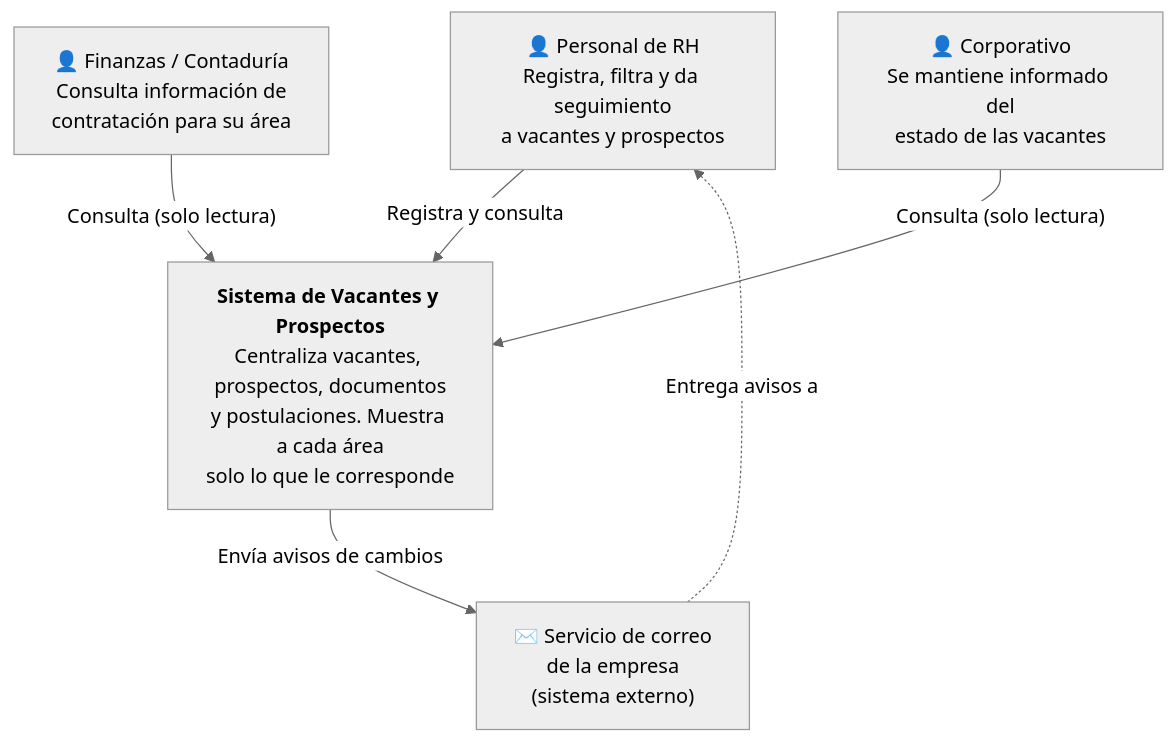
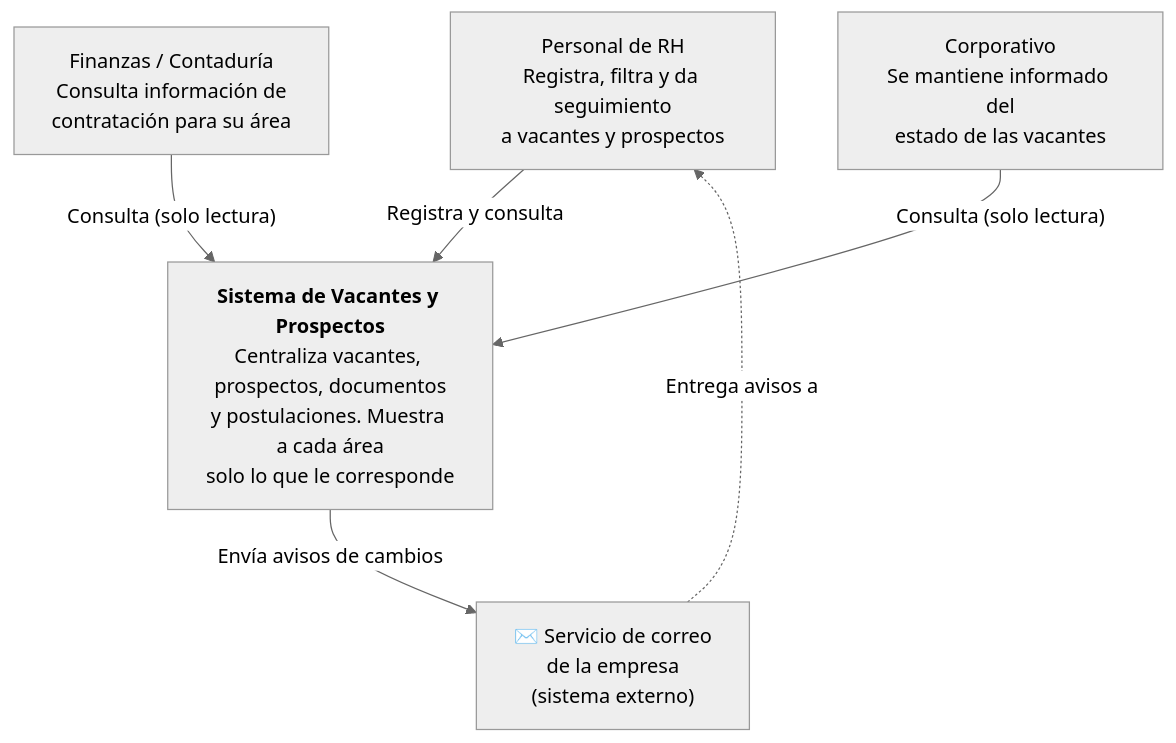
Before and after one commit to EliasGC06/Mi-proyecto-ing.software: the diagram in docs/arch/Diagrama de contexto.mmd, drawn with Mermaid (neutral theme).

Commit message:
Remove emojis and extra spaces from context diagram

```diff
--- a/docs/arch/Diagrama de contexto.mmd
+++ b/docs/arch/Diagrama de contexto.mmd
@@ -1,14 +1,14 @@
 flowchart TB
-    rh["👤 Personal de RH<br/>Registra, filtra y da seguimiento<br/>a vacantes y prospectos"]
-    fin["👤 Finanzas / Contaduría<br/>Consulta información de<br/>contratación para su área"]
-    corp["👤 Corporativo<br/>Se mantiene informado del<br/>estado de las vacantes"]
+    rh[" Personal de RH<br/>Registra, filtra y da seguimiento<br/>a vacantes y prospectos"]
+    fin[" Finanzas / Contaduría<br/>Consulta información de<br/>contratación para su área"]
+    corp[" Corporativo<br/>Se mantiene informado del<br/>estado de las vacantes"]
  
     sistema["<b>Sistema de Vacantes y Prospectos</b><br/>Centraliza vacantes, prospectos, documentos<br/>y postulaciones. Muestra a cada área<br/>solo lo que le corresponde"]
  
     correo["✉️ Servicio de correo<br/>de la empresa<br/>(sistema externo)"]
  
     rh -->|"Registra y consulta"| sistema
     fin -->|"Consulta (solo lectura)"| sistema
     corp -->|"Consulta (solo lectura)"| sistema
     sistema -->|"Envía avisos de cambios"| correo
     correo -.->|"Entrega avisos a"| rh
```
